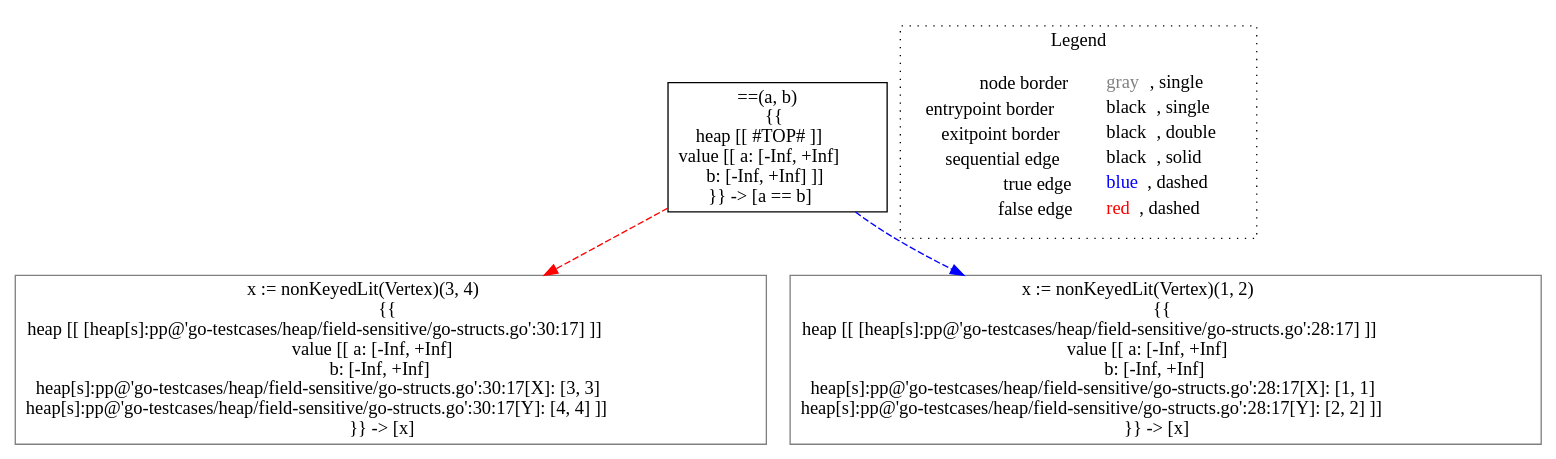
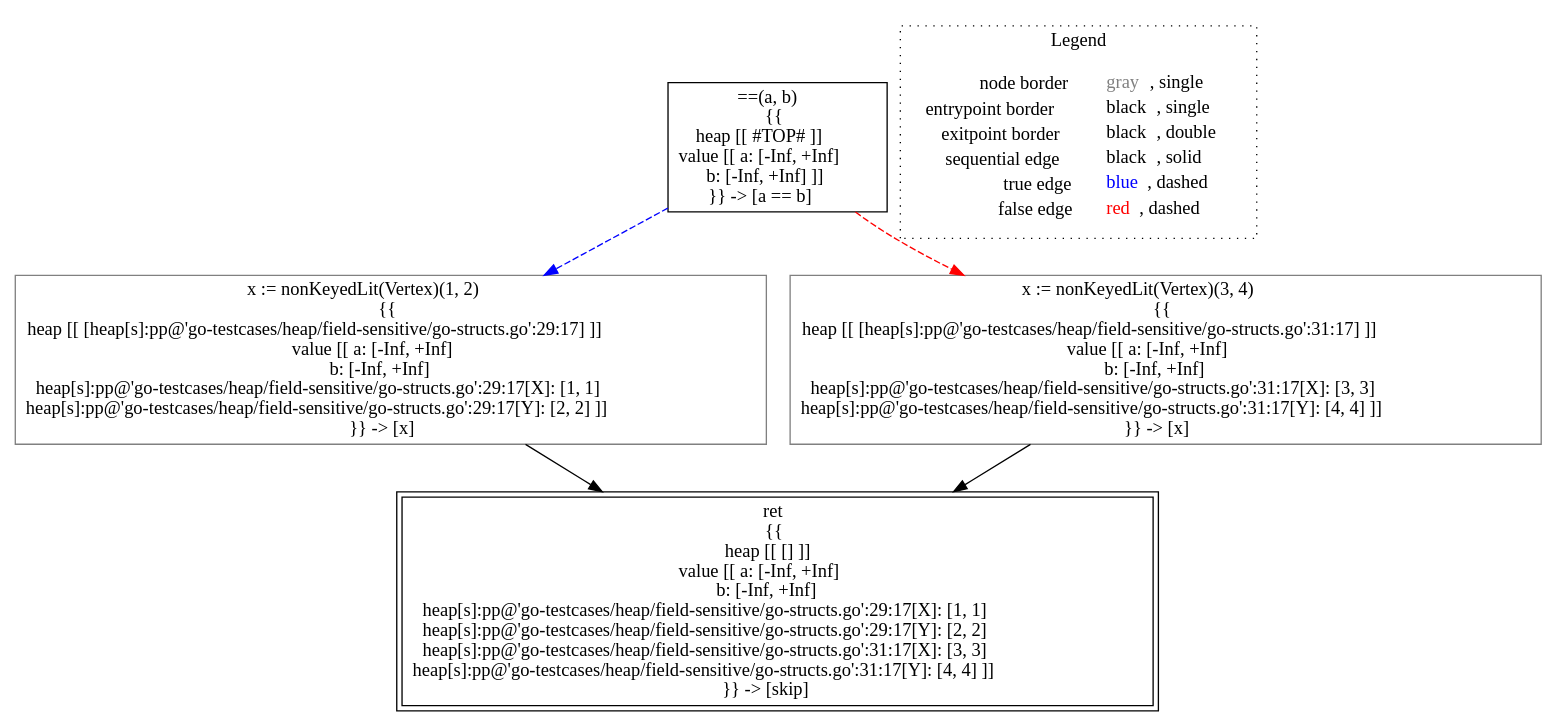
One commit to lisa-analyzer/go-lisa changed the diagram in go-lisa/go-testcases/heap/field-sensitive/analysis___untyped_~LiSAProgram.ifAlloc(int_a,_int_b).dot. Above: the diagram before and after it, drawn with Graphviz. The commit also changed 86 other files, not shown here.

```diff
--- a/go-lisa/go-testcases/heap/field-sensitive/analysis___untyped_~LiSAProgram.ifAlloc(int_a,_int_b).dot
+++ b/go-lisa/go-testcases/heap/field-sensitive/analysis___untyped_~LiSAProgram.ifAlloc(int_a,_int_b).dot
@@ -1,14 +1,17 @@
 digraph {
 	"node0" [shape="rect",color="black",label=<==(a, b)<BR/>{{<BR/>heap [[ #TOP# ]]<BR/>value [[ a: [-Inf, +Inf]<BR/>b: [-Inf, +Inf] ]]<BR/>}} -&gt; [a == b]>];
-	"node1" [shape="rect",color="gray",label=<x := nonKeyedLit(Vertex)(3, 4)<BR/>{{<BR/>heap [[ [heap[s]:pp@'go-testcases/heap/field-sensitive/go-structs.go':30:17] ]]<BR/>value [[ a: [-Inf, +Inf]<BR/>b: [-Inf, +Inf]<BR/>heap[s]:pp@'go-testcases/heap/field-sensitive/go-structs.go':30:17[X]: [3, 3]<BR/>heap[s]:pp@'go-testcases/heap/field-sensitive/go-structs.go':30:17[Y]: [4, 4] ]]<BR/>}} -&gt; [x]>];
-	"node2" [shape="rect",color="gray",label=<x := nonKeyedLit(Vertex)(1, 2)<BR/>{{<BR/>heap [[ [heap[s]:pp@'go-testcases/heap/field-sensitive/go-structs.go':28:17] ]]<BR/>value [[ a: [-Inf, +Inf]<BR/>b: [-Inf, +Inf]<BR/>heap[s]:pp@'go-testcases/heap/field-sensitive/go-structs.go':28:17[X]: [1, 1]<BR/>heap[s]:pp@'go-testcases/heap/field-sensitive/go-structs.go':28:17[Y]: [2, 2] ]]<BR/>}} -&gt; [x]>];
-	"node0" -> "node1" [color="red",style="dashed"];
+	"node1" [shape="rect",color="black",peripheries="2",label=<ret<BR/>{{<BR/>heap [[ [] ]]<BR/>value [[ a: [-Inf, +Inf]<BR/>b: [-Inf, +Inf]<BR/>heap[s]:pp@'go-testcases/heap/field-sensitive/go-structs.go':29:17[X]: [1, 1]<BR/>heap[s]:pp@'go-testcases/heap/field-sensitive/go-structs.go':29:17[Y]: [2, 2]<BR/>heap[s]:pp@'go-testcases/heap/field-sensitive/go-structs.go':31:17[X]: [3, 3]<BR/>heap[s]:pp@'go-testcases/heap/field-sensitive/go-structs.go':31:17[Y]: [4, 4] ]]<BR/>}} -&gt; [skip]>];
+	"node2" [shape="rect",color="gray",label=<x := nonKeyedLit(Vertex)(1, 2)<BR/>{{<BR/>heap [[ [heap[s]:pp@'go-testcases/heap/field-sensitive/go-structs.go':29:17] ]]<BR/>value [[ a: [-Inf, +Inf]<BR/>b: [-Inf, +Inf]<BR/>heap[s]:pp@'go-testcases/heap/field-sensitive/go-structs.go':29:17[X]: [1, 1]<BR/>heap[s]:pp@'go-testcases/heap/field-sensitive/go-structs.go':29:17[Y]: [2, 2] ]]<BR/>}} -&gt; [x]>];
+	"node3" [shape="rect",color="gray",label=<x := nonKeyedLit(Vertex)(3, 4)<BR/>{{<BR/>heap [[ [heap[s]:pp@'go-testcases/heap/field-sensitive/go-structs.go':31:17] ]]<BR/>value [[ a: [-Inf, +Inf]<BR/>b: [-Inf, +Inf]<BR/>heap[s]:pp@'go-testcases/heap/field-sensitive/go-structs.go':31:17[X]: [3, 3]<BR/>heap[s]:pp@'go-testcases/heap/field-sensitive/go-structs.go':31:17[Y]: [4, 4] ]]<BR/>}} -&gt; [x]>];
 	"node0" -> "node2" [color="blue",style="dashed"];
+	"node0" -> "node3" [color="red",style="dashed"];
+	"node2" -> "node1" [color="black"];
+	"node3" -> "node1" [color="black"];
 subgraph cluster_legend {
 	label="Legend";
 	style=dotted;
 	node [shape=plaintext];
 	"legend" [label=<<table border="0" cellpadding="2" cellspacing="0" cellborder="0"><tr><td align="right">node border&nbsp;</td><td align="left"><font color="gray">gray</font>, single</td></tr><tr><td align="right">entrypoint border&nbsp;</td><td align="left"><font color="black">black</font>, single</td></tr><tr><td align="right">exitpoint border&nbsp;</td><td align="left"><font color="black">black</font>, double</td></tr><tr><td align="right">sequential edge&nbsp;</td><td align="left"><font color="black">black</font>, solid</td></tr><tr><td align="right">true edge&nbsp;</td><td align="left"><font color="blue">blue</font>, dashed</td></tr><tr><td align="right">false edge&nbsp;</td><td align="left"><font color="red">red</font>, dashed</td></tr></table>>];
 }
 
 }
```
